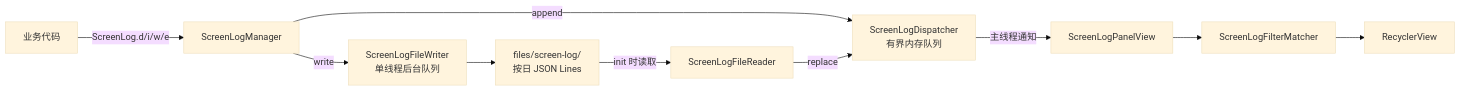
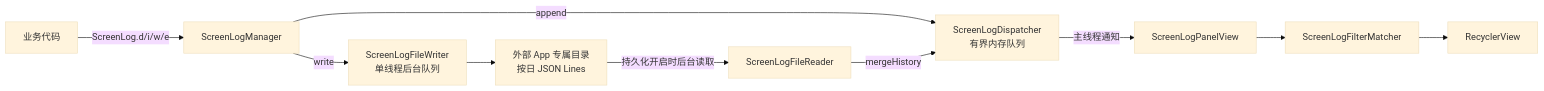
The first of 2 diagrams in screen-log/ARCHITECTURE.md (bzlgGit/tzzb), drawn with Mermaid (base theme) before and after one commit. The commit also changed other lines of this file and 18 other files, not shown here.

````diff
--- a/screen-log/ARCHITECTURE.md
+++ b/screen-log/ARCHITECTURE.md
@@ -54,12 +55,12 @@
 ```mermaid
 flowchart LR
     Business["业务代码"] -->|"ScreenLog.d/i/w/e"| Manager["ScreenLogManager"]
     Manager -->|"append"| Dispatcher["ScreenLogDispatcher<br/>有界内存队列"]
     Manager -->|"write"| Writer["ScreenLogFileWriter<br/>单线程后台队列"]
-    Writer --> Files["files/screen-log/<br/>按日 JSON Lines"]
-    Files -->|"init 时读取"| Reader["ScreenLogFileReader"]
-    Reader -->|"replace"| Dispatcher
+    Writer --> Files["外部 App 专属目录<br/>按日 JSON Lines"]
+    Files -->|"持久化开启时后台读取"| Reader["ScreenLogFileReader"]
+    Reader -->|"mergeHistory"| Dispatcher
     Dispatcher -->|"主线程通知"| Panel["ScreenLogPanelView"]
     Panel --> Filter["ScreenLogFilterMatcher"]
     Filter --> List["RecyclerView"]
 ```
````
